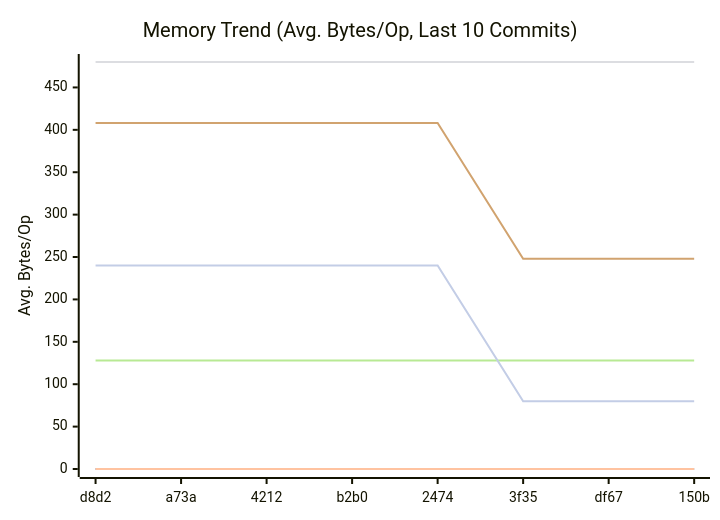
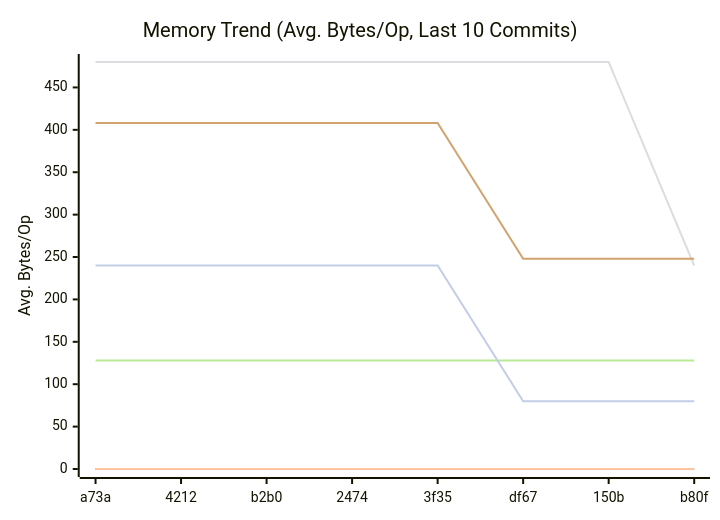
Before and after one commit to alsotoes/momo: the second of 3 diagrams in docs/README.md, drawn with Mermaid. The commit also changed other lines of this file and 1 other file, not shown here.

````diff
--- a/docs/README.md
+++ b/docs/README.md
@@ -157,14 +157,14 @@
 ```mermaid
 xychart-beta
     title "Memory Trend (Avg. Bytes/Op, Last 10 Commits)"
     x-axis "Commit"
     y-axis "Avg. Bytes/Op"
-    x-axis [d8d2,a73a,4212,b2b0,2474,3f35,df67,150b]
+    x-axis [a73a,4212,b2b0,2474,3f35,df67,150b,b80f]
     line "CheckMetricsAndSwap" [0,0,0,0,0,0,0,0,0,0]
     line "IndexDirectTracking" [0,0,0,0,0,0,0,0,0,0]
     line "IndexSearch" [0,0,0,0,0,0,0,0,0,0]
-    line "LoadGlobalConfig" [480,480,480,480,480,480,480,480,240,240]
-    line "PadString" [128,128,128,128,128,128,128,128,128,64]
+    line "LoadGlobalConfig" [480,480,480,480,480,480,480,240,240,240]
+    line "PadString" [128,128,128,128,128,128,128,128,64,64]
     line "ParseReplicationOrder_NoPrealloc" [408,408,408,408,408,248,248,248,248,248]
     line "ParseReplicationOrder_Prealloc" [240,240,240,240,240,80,80,80,80,80]
 ```
````
